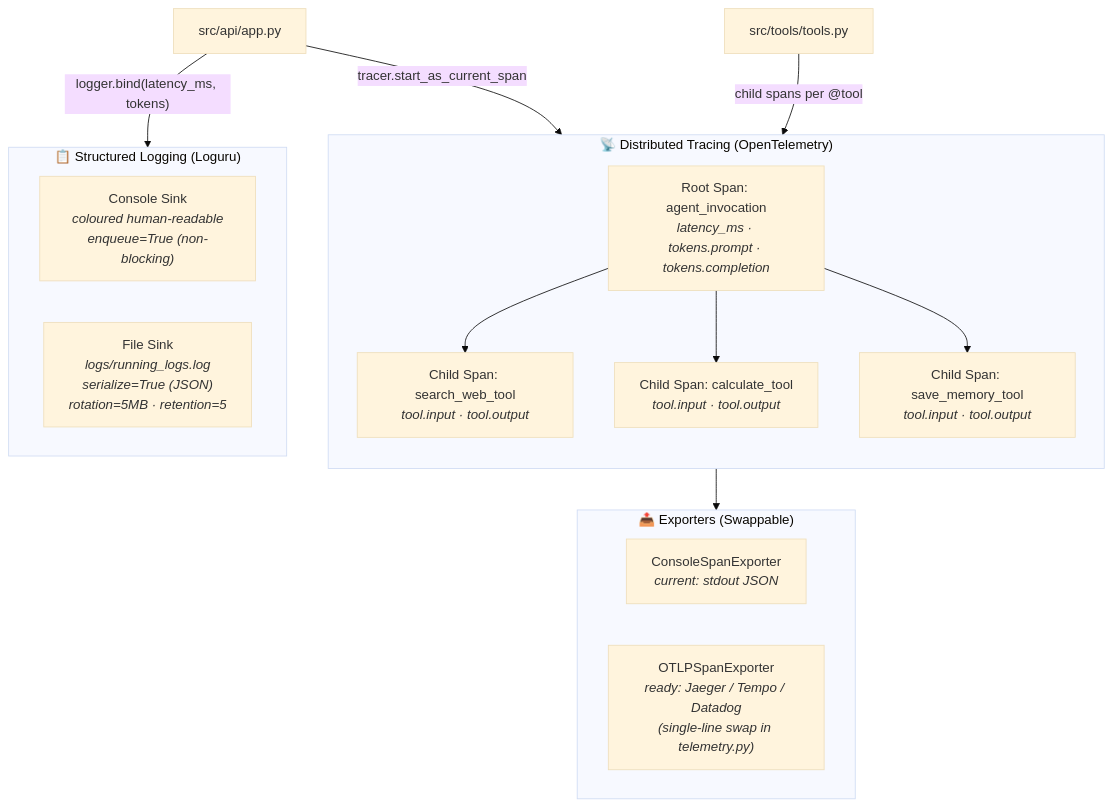
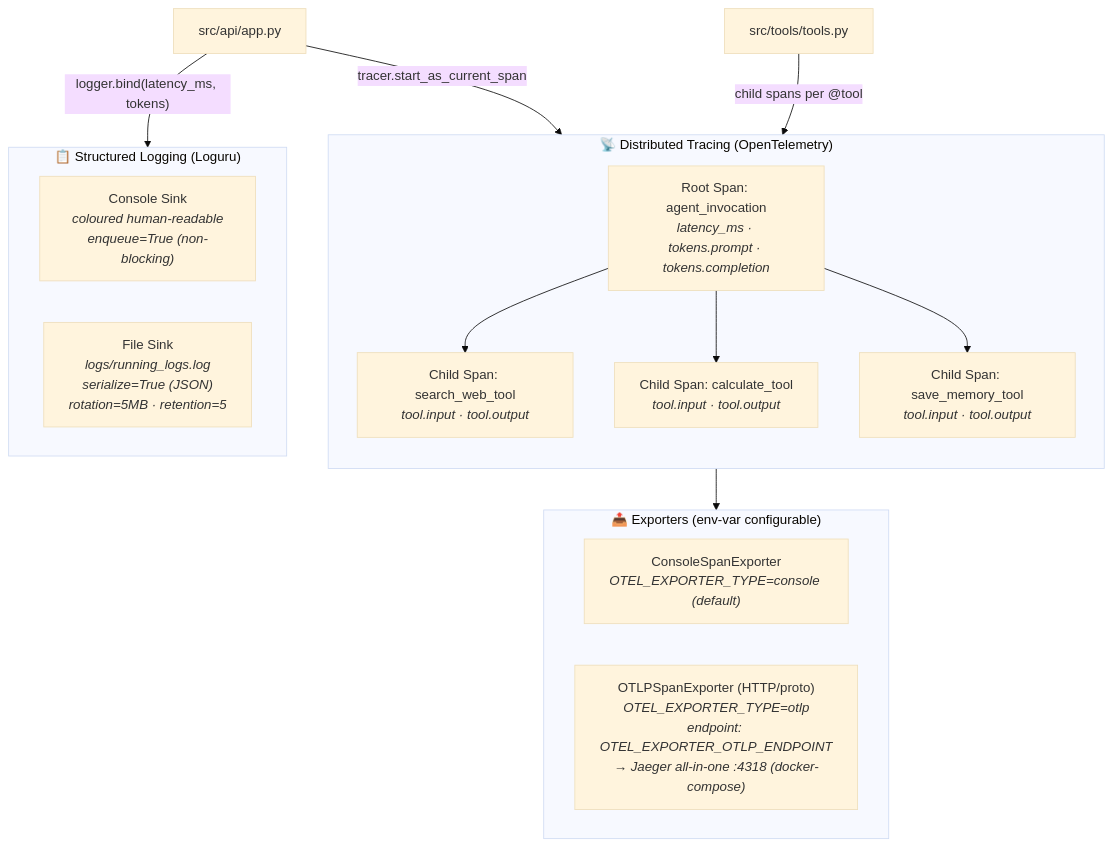
Before and after one commit to SebastianGarrido2790/ai-assistant-docker-app: the fifth of 7 diagrams in reports/docs/architecture/system_design.md, drawn with Mermaid (base theme). The commit also changed other lines of this file and 23 other files, not shown here.

````diff
--- a/reports/docs/architecture/system_design.md
+++ b/reports/docs/architecture/system_design.md
@@ -253,29 +265,29 @@
 ```mermaid
 graph TD
     subgraph LOG["📋 Structured Logging (Loguru)"]
         direction LR
         LS2["Console Sink<br/><i>coloured human-readable<br/>enqueue=True (non-blocking)</i>"]
         LF["File Sink<br/><i>logs/running_logs.log<br/>serialize=True (JSON)<br/>rotation=5MB · retention=5</i>"]
     end
 
     subgraph OTEL["📡 Distributed Tracing (OpenTelemetry)"]
         direction TB
         RS["Root Span: agent_invocation<br/><i>latency_ms · tokens.prompt · tokens.completion</i>"]
         CS1["Child Span: search_web_tool<br/><i>tool.input · tool.output</i>"]
         CS2["Child Span: calculate_tool<br/><i>tool.input · tool.output</i>"]
         CS3["Child Span: save_memory_tool<br/><i>tool.input · tool.output</i>"]
         RS --> CS1
         RS --> CS2
         RS --> CS3
     end
 
-    subgraph EXPORT["📤 Exporters (Swappable)"]
-        CE2["ConsoleSpanExporter<br/><i>current: stdout JSON</i>"]
-        OE["OTLPSpanExporter<br/><i>ready: Jaeger / Tempo / Datadog<br/>(single-line swap in telemetry.py)</i>"]
+    subgraph EXPORT["📤 Exporters (env-var configurable)"]
+        CE2["ConsoleSpanExporter<br/><i>OTEL_EXPORTER_TYPE=console (default)</i>"]
+        OE["OTLPSpanExporter (HTTP/proto)<br/><i>OTEL_EXPORTER_TYPE=otlp<br/>endpoint: OTEL_EXPORTER_OTLP_ENDPOINT<br/>→ Jaeger all-in-one :4318 (docker-compose)</i>"]
     end
 
     API2["src/api/app.py"] -->|"logger.bind(latency_ms, tokens)"| LOG
     API2 -->|"tracer.start_as_current_span"| RS
     TOOLS2["src/tools/tools.py"] -->|"child spans per @tool"| CS1
     OTEL --> EXPORT
 ```
````
